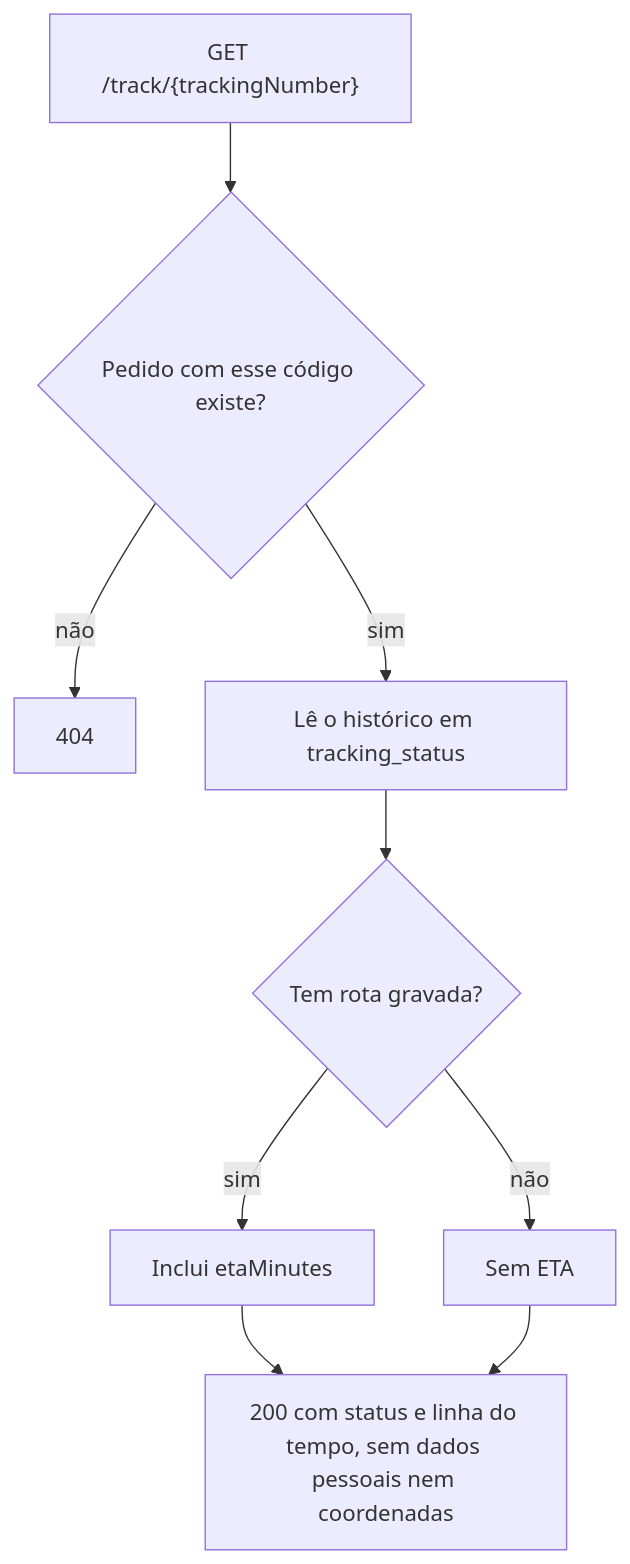
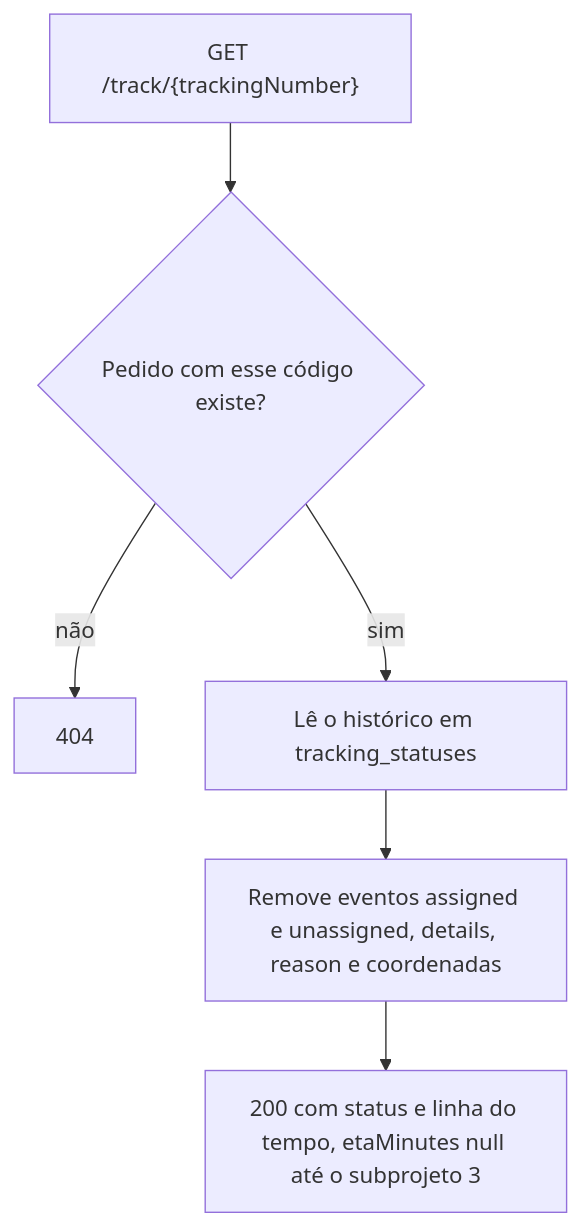
Diagram 17 of 17 in docs/flows.md (Edryck/kj-fleets), drawn with Mermaid before and after one commit. The commit also changed other lines of this file and 4 other files, not shown here.

````diff
--- a/docs/flows.md
+++ b/docs/flows.md
@@ -381,11 +413,8 @@
 ```mermaid
 flowchart TD
     A["GET /track/{trackingNumber}"] --> B{"Pedido com esse código existe?"}
     B -- não --> E["404"]
-    B -- sim --> C["Lê o histórico em tracking_status"]
-    C --> D{"Tem rota gravada?"}
-    D -- sim --> F["Inclui etaMinutes"]
-    D -- não --> G["Sem ETA"]
-    F --> H["200 com status e linha do tempo, sem dados pessoais nem coordenadas"]
-    G --> H
+    B -- sim --> C["Lê o histórico em tracking_statuses"]
+    C --> X["Remove eventos assigned e unassigned, details, reason e coordenadas"]
+    X --> H["200 com status e linha do tempo, etaMinutes null até o subprojeto 3"]
 ```
````
